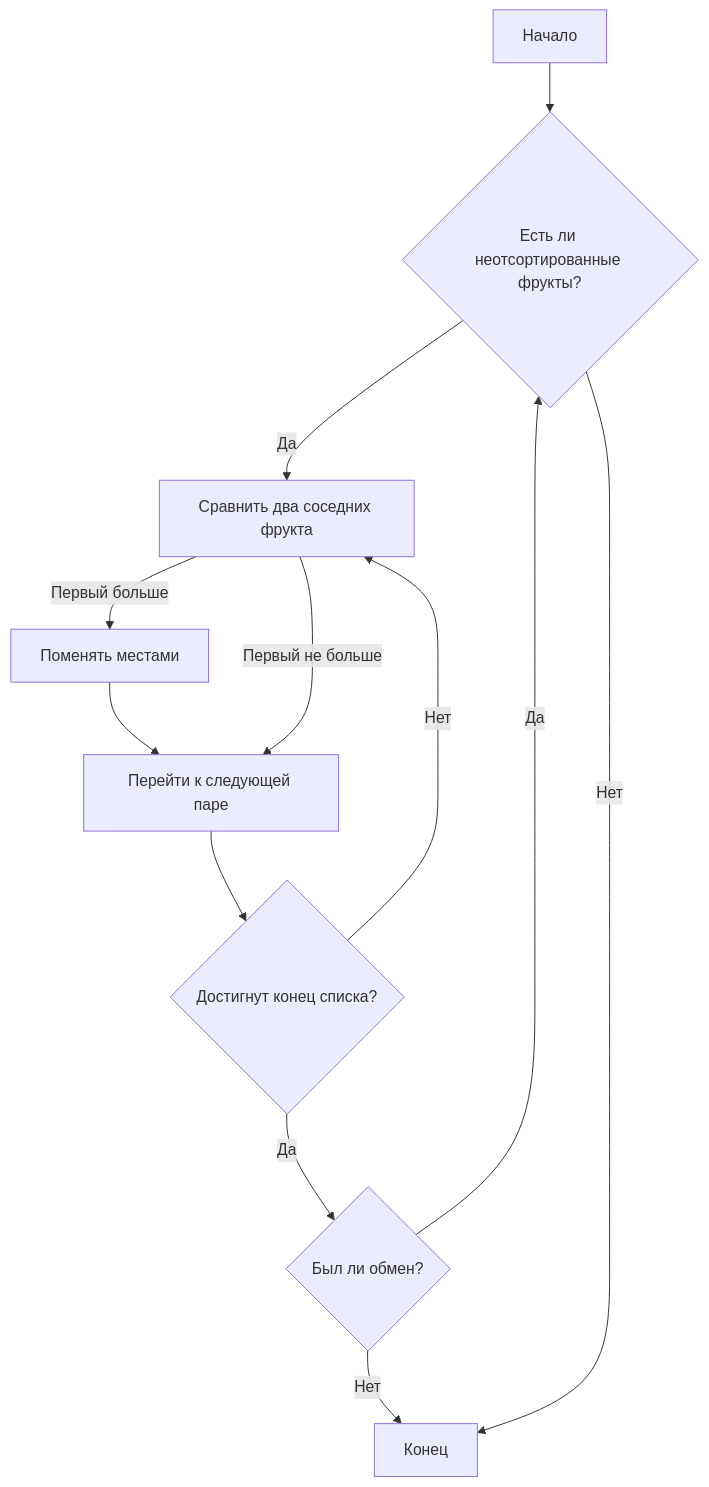
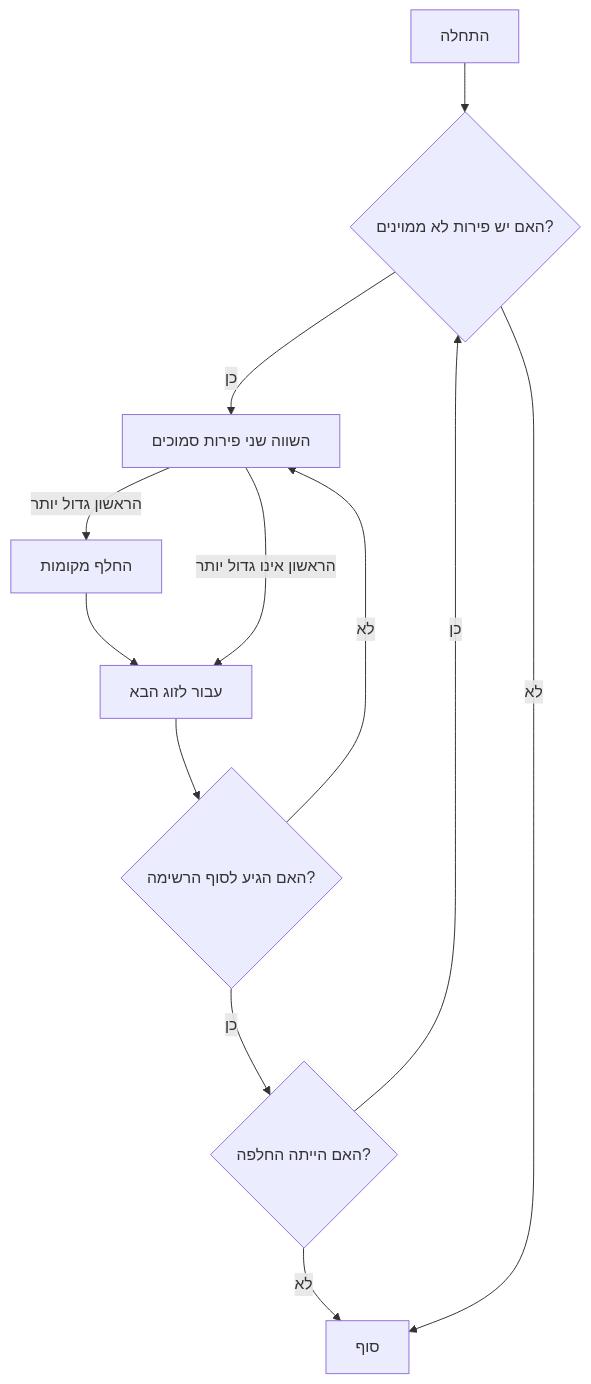
One commit to hypo69/1001-python-he changed the diagram in cheatsheets/sort.md. Above: the diagram before and after it, drawn with Mermaid. The commit also changed other lines of this file and 869 other files, not shown here.

````diff
--- a/cheatsheets/sort.md
+++ b/cheatsheets/sort.md
@@ -55,15 +55,15 @@
     ```mermaid
     graph TD
-        A[Начало] --> B{Есть ли неотсортированные фрукты?};
-        B -- Да --> C[Сравнить два соседних фрукта];
-        C -- Первый больше --> D[Поменять местами];
-        D --> E[Перейти к следующей паре];
-        C -- Первый не больше --> E;
-        E --> F{Достигнут конец списка?};
-        F -- Нет --> C;
-        F -- Да --> G{Был ли обмен?};
-        G -- Да --> B;
-        G -- Нет --> H[Конец];
-        B -- Нет --> H;
-        H[Конец]
+        A[התחלה] --> B{האם יש פירות לא ממוינים?};
+        B -- כן --> C[השווה שני פירות סמוכים];
+        C -- הראשון גדול יותר --> D[החלף מקומות];
+        D --> E[עבור לזוג הבא];
+        C -- הראשון אינו גדול יותר --> E;
+        E --> F{האם הגיע לסוף הרשימה?};
+        F -- לא --> C;
+        F -- כן --> G{האם הייתה החלפה?};
+        G -- כן --> B;
+        G -- לא --> H[סוף];
+        B -- לא --> H;
+        H[סוף]
     ```
````
